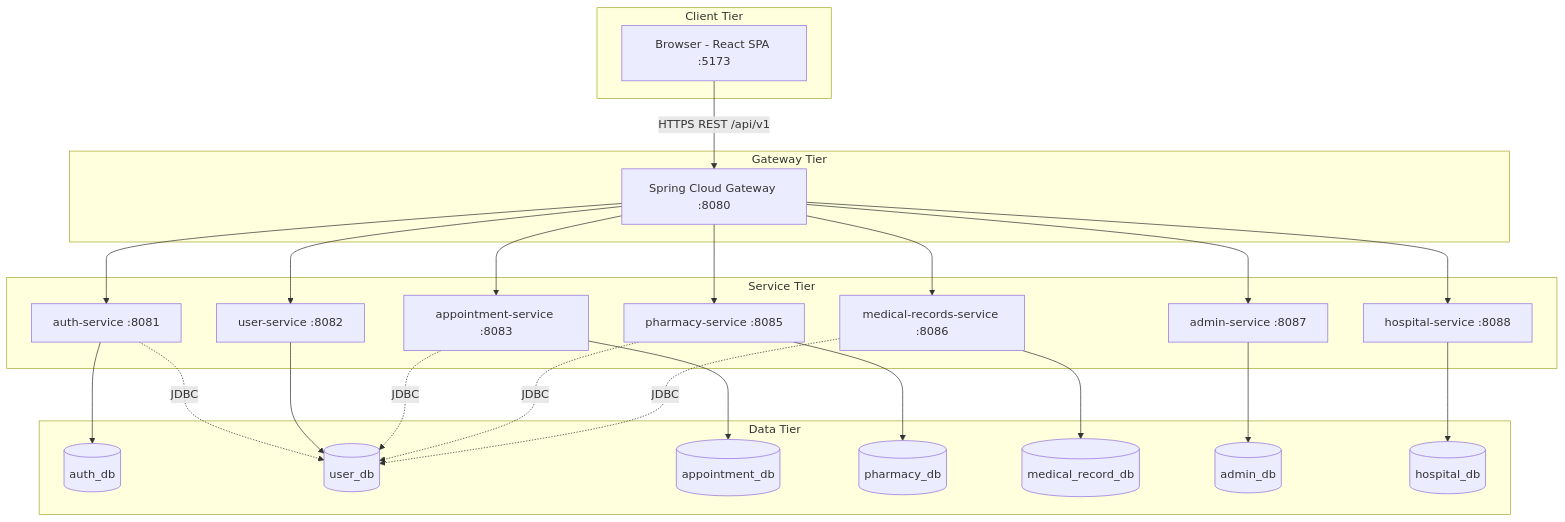
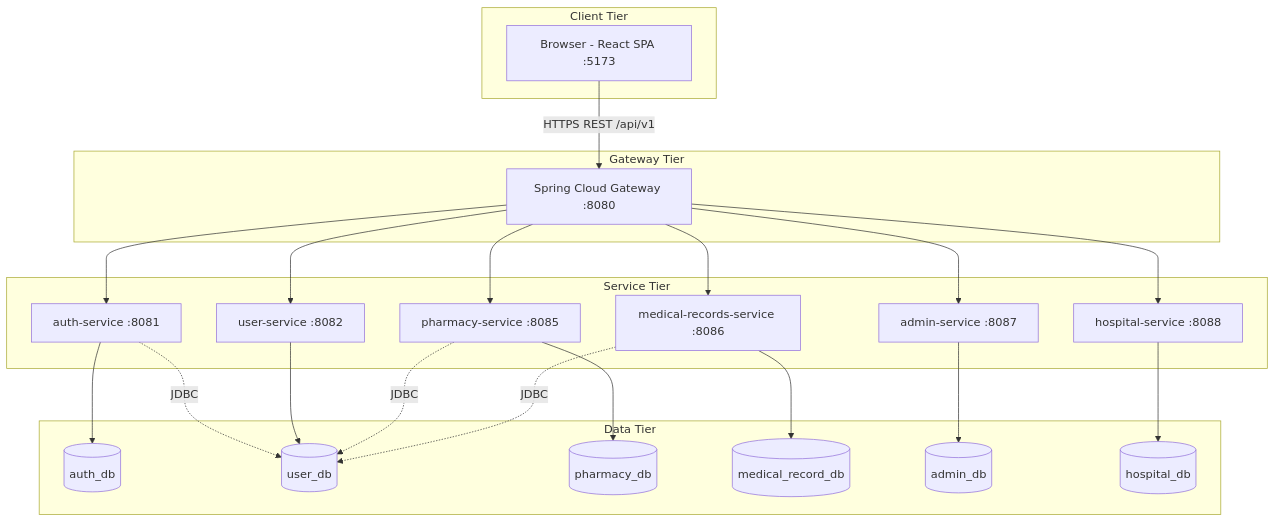
Before and after one commit to Nathnael-T/Tenalink: the first of 5 diagrams in docs/02-architecture.md, drawn with Mermaid. The commit also changed other lines of this file and 81 other files, not shown here.

````diff
--- a/docs/02-architecture.md
+++ b/docs/02-architecture.md
@@ -33,44 +33,40 @@
 ```mermaid
 flowchart TB
   subgraph client [Client Tier]
     Browser[Browser - React SPA :5173]
   end
 
   subgraph gateway [Gateway Tier]
     GW[Spring Cloud Gateway :8080]
   end
 
   subgraph services [Service Tier]
     AUTH[auth-service :8081]
     USER[user-service :8082]
-    APPT[appointment-service :8083]
     PHARM[pharmacy-service :8085]
     MED[medical-records-service :8086]
     ADMIN[admin-service :8087]
     HOSP[hospital-service :8088]
   end
 
   subgraph data [Data Tier]
     ADB[(auth_db)]
     UDB[(user_db)]
-    APDB[(appointment_db)]
     PDB[(pharmacy_db)]
     MRDB[(medical_record_db)]
     ADDB[(admin_db)]
     HDB[(hospital_db)]
   end
 
   Browser -->|HTTPS REST /api/v1| GW
-  GW --> AUTH & USER & APPT & PHARM & MED & ADMIN & HOSP
+  GW --> AUTH & USER & PHARM & MED & ADMIN & HOSP
   AUTH --> ADB
   AUTH -.->|JDBC| UDB
   USER --> UDB
-  APPT --> APDB
-  APPT -.->|JDBC| UDB
   PHARM --> PDB
   PHARM -.->|JDBC| UDB
   MED --> MRDB
   MED -.->|JDBC| UDB
   ADMIN --> ADDB
   HOSP --> HDB
 ```
````
